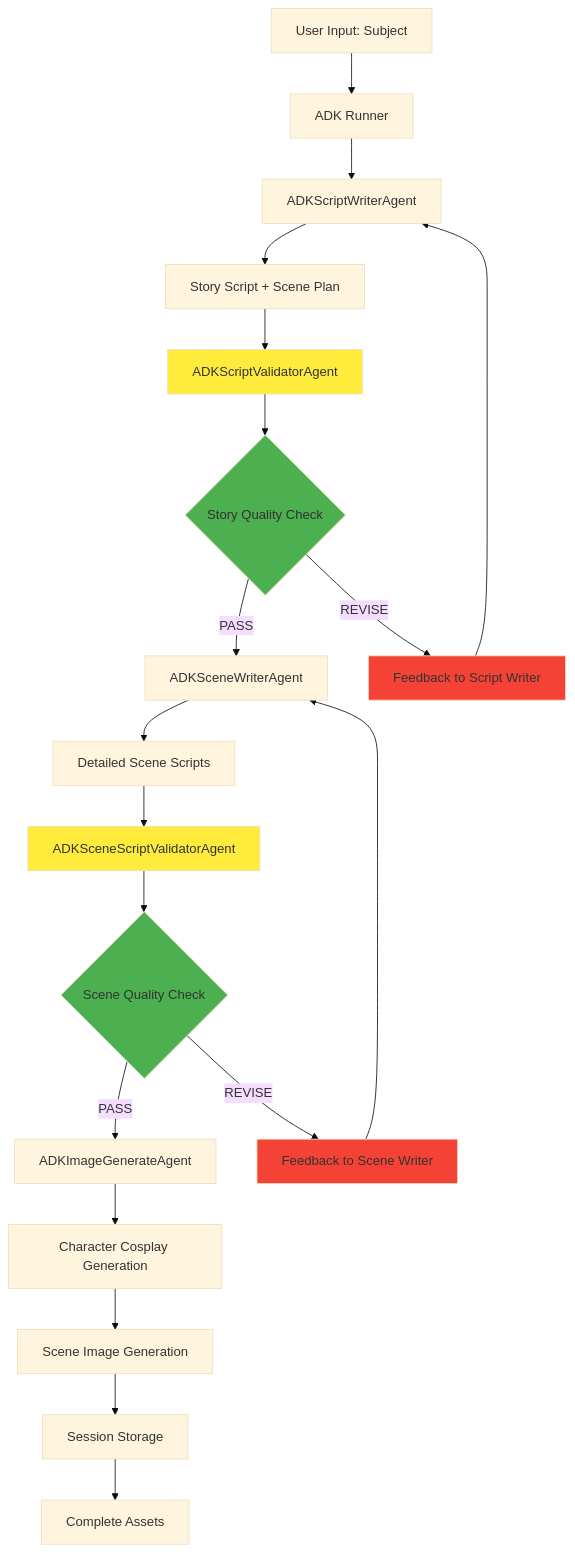
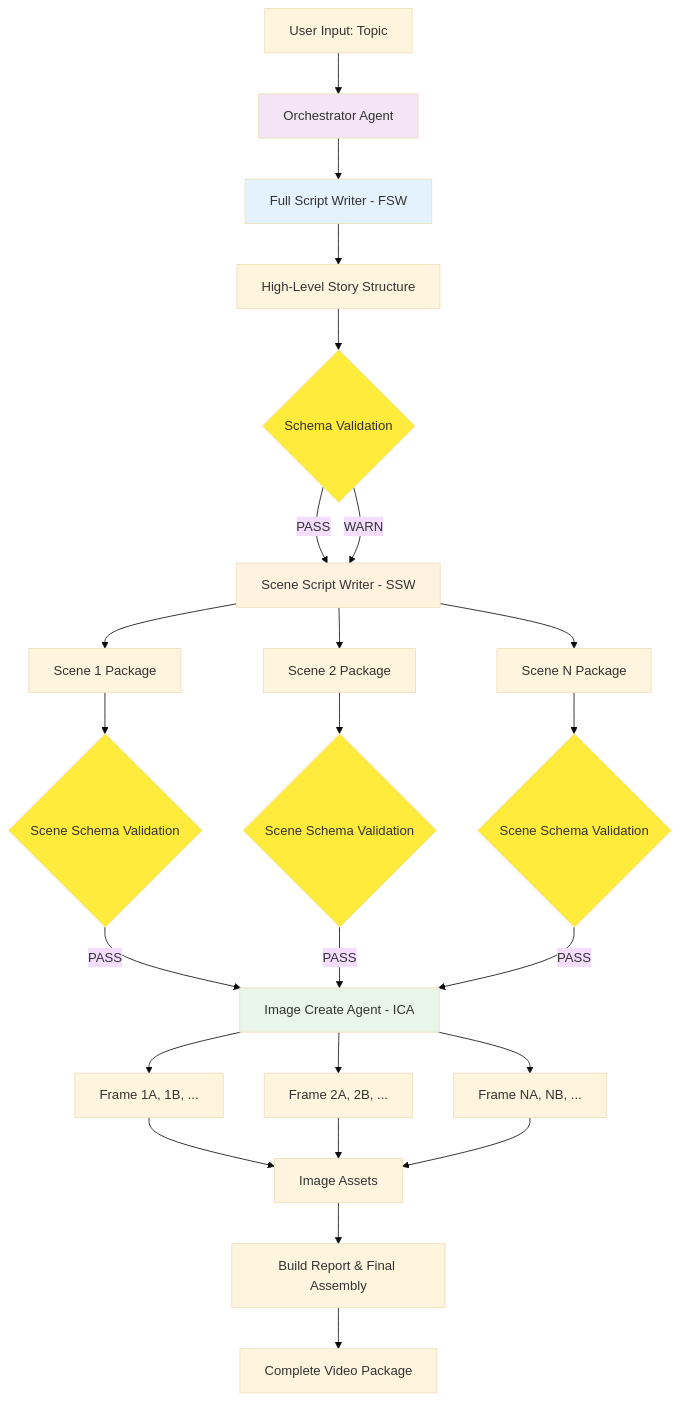
Before and after one commit to taigi0315/ShortFactory-Agent: the first of 4 diagrams in docs/architecture-diagram.md, drawn with Mermaid (base theme). The commit also changed other lines of this file and 17 other files, not shown here.

First line of the commit message:
feat: Add Voice Generate Agent and complete documentation update

````diff
--- a/docs/architecture-diagram.md
+++ b/docs/architecture-diagram.md
@@ -5,32 +7,42 @@
 ```mermaid
 graph TD
-    A[User Input: Subject] --> B[ADK Runner]
-    B --> C[ADKScriptWriterAgent]
-    C --> D[Story Script + Scene Plan]
-    D --> E[ADKScriptValidatorAgent]
+    A[User Input: Topic] --> B[Orchestrator Agent]
+    B --> C[Full Script Writer - FSW]
+    C --> D[High-Level Story Structure]
+    D --> E{Schema Validation}
     
-    E --> F{Story Quality Check}
-    F -->|PASS| G[ADKSceneWriterAgent]
-    F -->|REVISE| H[Feedback to Script Writer]
-    H --> C
+    E -->|PASS| F[Scene Script Writer - SSW]
+    E -->|WARN| F
     
-    G --> I[Detailed Scene Scripts]
-    I --> J[ADKSceneScriptValidatorAgent]
+    F --> G[Scene 1 Package]
+    F --> H[Scene 2 Package]
+    F --> I[Scene N Package]
     
-    J --> K{Scene Quality Check}
-    K -->|PASS| L[ADKImageGenerateAgent]
-    K -->|REVISE| M[Feedback to Scene Writer]
-    M --> G
+    G --> J{Scene Schema Validation}
+    H --> K{Scene Schema Validation}
+    I --> L{Scene Schema Validation}
     
-    L --> N[Character Cosplay Generation]
-    N --> O[Scene Image Generation]
-    O --> P[Session Storage]
-    P --> Q[Complete Assets]
+    J -->|PASS| M[Image Create Agent - ICA]
+    K -->|PASS| M
+    L -->|PASS| M
     
+    M --> N[Frame 1A, 1B, ...]
+    M --> O[Frame 2A, 2B, ...]
+    M --> P[Frame NA, NB, ...]
+    
+    N --> Q[Image Assets]
+    O --> Q
+    P --> Q
+    
+    Q --> R[Build Report & Final Assembly]
+    R --> S[Complete Video Package]
+    
+    style C fill:#e3f2fd
+    style F fill:#fff3e0
+    style M fill:#e8f5e8
+    style B fill:#f3e5f5
     style E fill:#ffeb3b
     style J fill:#ffeb3b
-    style F fill:#4caf50
-    style K fill:#4caf50
-    style H fill:#f44336
-    style M fill:#f44336
+    style K fill:#ffeb3b
+    style L fill:#ffeb3b
 ```
````
